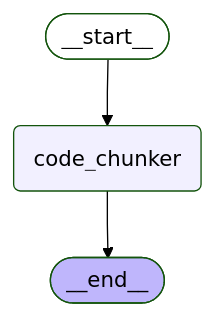
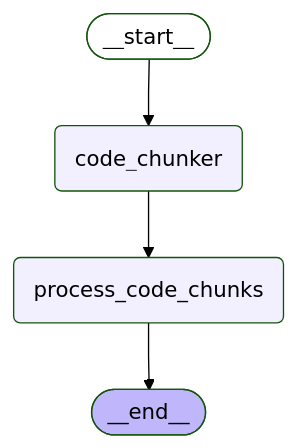
One commit to DEFRA/ai-sdlc-code-analysis-api changed the fourth of 4 diagrams in README.md. Above: the diagram before and after it, drawn with Mermaid (forest theme). The commit also changed other lines of this file and 25 other files, not shown here.

First line of the commit message:
Process code chunks (#3)

````diff
--- a/README.md
+++ b/README.md
@@ -290,17 +314,19 @@
 ```mermaid
 ---
 config:
   flowchart:
     curve: linear
 ---
 graph TD;
 	__start__([<p>__start__</p>]):::first
 	code_chunker(code_chunker)
+	process_code_chunks(process_code_chunks)
 	__end__([<p>__end__</p>]):::last
 	__start__ --> code_chunker;
-	code_chunker --> __end__;
+	code_chunker --> process_code_chunks;
+	process_code_chunks --> __end__;
 	classDef default fill:#f2f0ff,line-height:1.2
 	classDef first fill-opacity:0
 	classDef last fill:#bfb6fc
 
 ```
````
